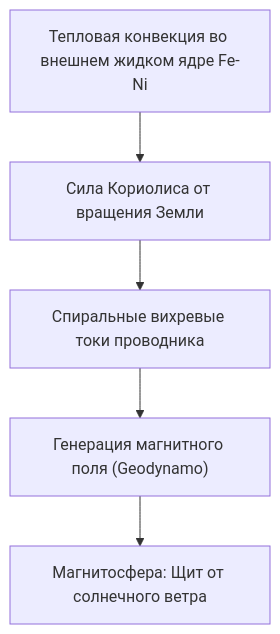
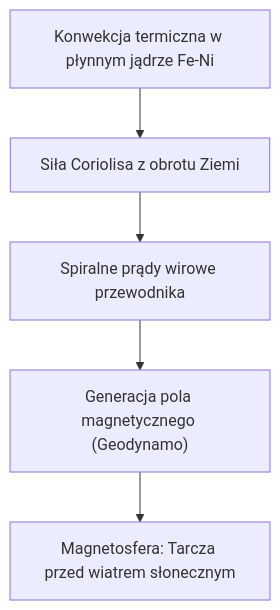
One commit to OksanaBukina/astronomia changed the fifth of 5 diagrams in Tema_01_Układ_Słoneczny_Ziemia_Księżyc.md. Above: the diagram before and after it, drawn with Mermaid. The commit also changed other lines of this file and 1 other file, not shown here.

Commit message:
Refine textbook: exact solar mass digits, Polish diagram labels, math variables descriptions, move answers to Section 18

````diff
--- a/Tema_01_Układ_Słoneczny_Ziemia_Księżyc.md
+++ b/Tema_01_Układ_Słoneczny_Ziemia_Księżyc.md
@@ -369,7 +370,7 @@
 ```mermaid
 flowchart TD
-    A["Тепловая конвекция во внешнем жидком ядре Fe-Ni"] --> B["Сила Кориолиса от вращения Земли"]
-    B --> C["Спиральные вихревые токи проводника"]
-    C --> D["Генерация магнитного поля (Geodynamo)"]
-    D --> E["Магнитосфера: Щит от солнечного ветра"]
+    A["Konwekcja termiczna w płynnym jądrze Fe-Ni"] --> B["Siła Coriolisa z obrotu Ziemi"]
+    B --> C["Spiralne prądy wirowe przewodnika"]
+    C --> D["Generacja pola magnetycznego (Geodynamo)"]
+    D --> E["Magnetosfera: Tarcza przed wiatrem słonecznym"]
 ```
````
